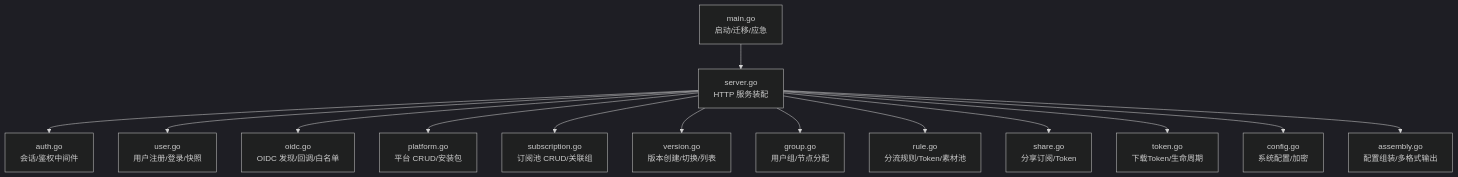
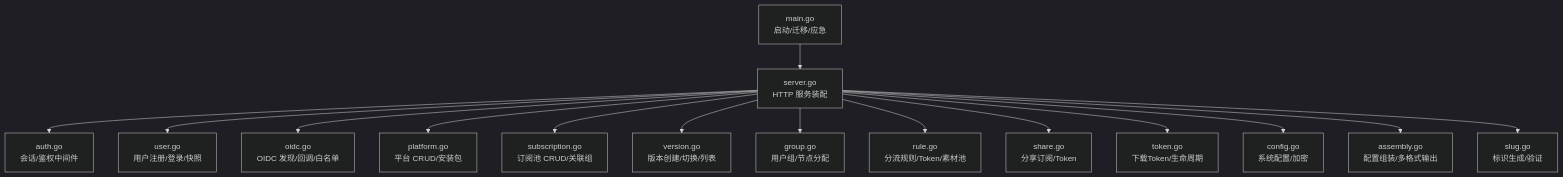
The first of 13 diagrams in .qoder/repowiki/zh/content/核心功能模块/核心功能模块.md (AlcaProphet/VPN-Subscription-Management), drawn with Mermaid (dark theme) before and after one commit. The commit also changed other lines of this file and 5 other files, not shown here.

````diff
--- a/.qoder/repowiki/zh/content/核心功能模块/核心功能模块.md
+++ b/.qoder/repowiki/zh/content/核心功能模块/核心功能模块.md
@@ -62,16 +63,17 @@
 ```mermaid
 graph TB
 A["main.go<br/>启动/迁移/应急"] --> B["server.go<br/>HTTP 服务装配"]
 B --> C["auth.go<br/>会话/鉴权中间件"]
 B --> D["user.go<br/>用户注册/登录/快照"]
 B --> E["oidc.go<br/>OIDC 发现/回调/白名单"]
 B --> F["platform.go<br/>平台 CRUD/安装包"]
 B --> G["subscription.go<br/>订阅池 CRUD/关联组"]
 B --> H["version.go<br/>版本创建/切换/列表"]
 B --> I["group.go<br/>用户组/节点分配"]
 B --> J["rule.go<br/>分流规则/Token/素材池"]
 B --> K["share.go<br/>分享订阅/Token"]
 B --> L["token.go<br/>下载Token/生命周期"]
 B --> M["config.go<br/>系统配置/加密"]
 B --> N["assembly.go<br/>配置组装/多格式输出"]
+B --> O["slug.go<br/>标识生成/验证"]
 ```
````
